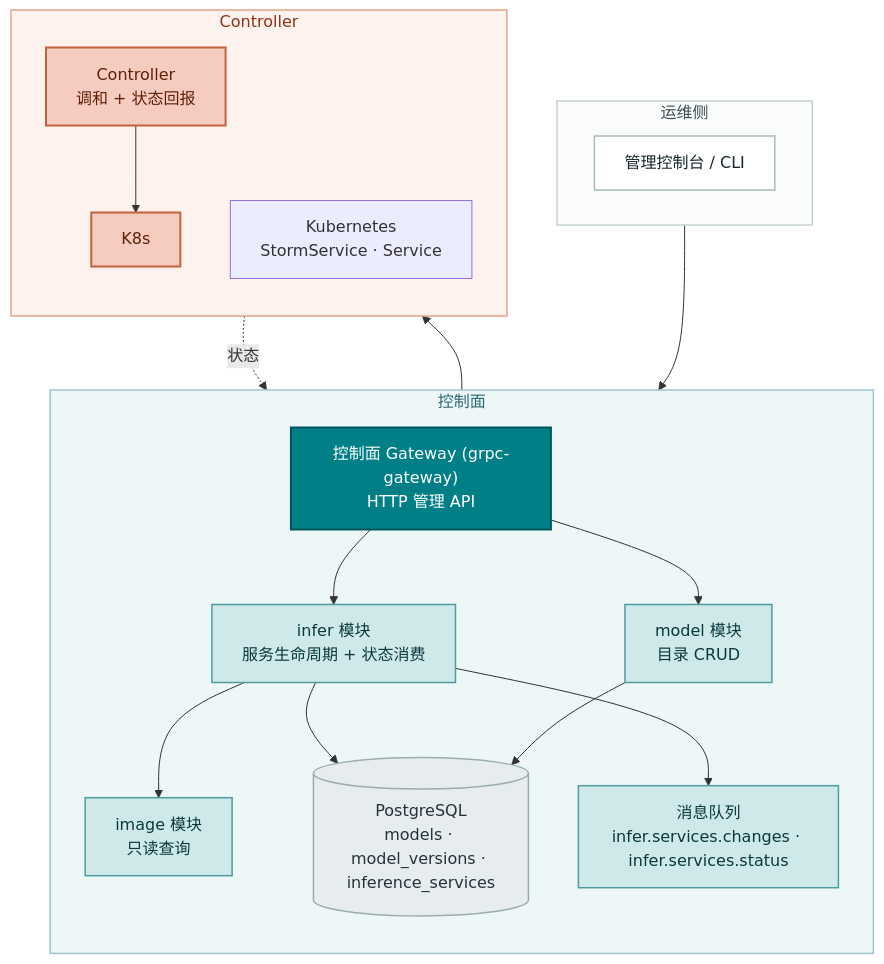
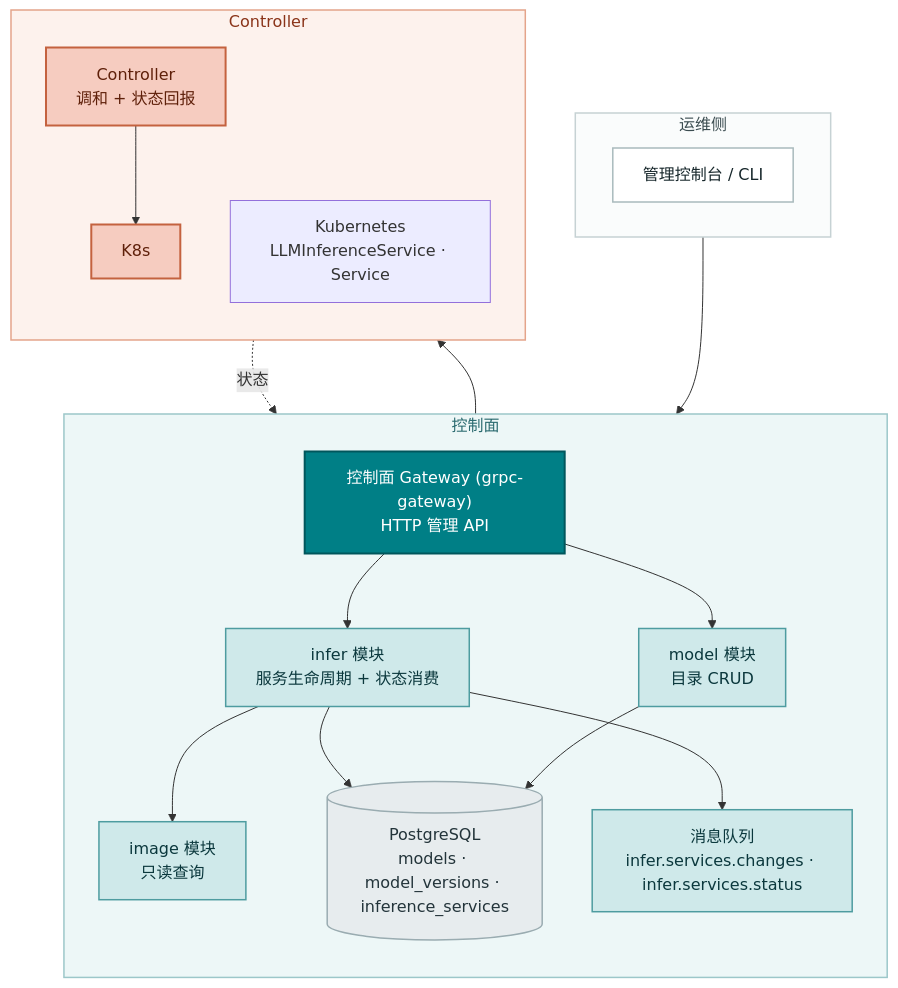
The first of 5 diagrams in site/docs/architecture/model-catalog-deployment.zh-cn.md (go-taas/go-taas), drawn with Mermaid before and after one commit. The commit also changed other lines of this file and 151 other files, not shown here.

````diff
--- a/site/docs/architecture/model-catalog-deployment.zh-cn.md
+++ b/site/docs/architecture/model-catalog-deployment.zh-cn.md
@@ -44,47 +44,47 @@
 ```mermaid
 flowchart TD
     subgraph operators["运维侧"]
         direction LR
         ADMIN["管理控制台 / CLI"]
     end
 
     subgraph cp["控制面"]
         direction TB
         CGW["控制面 Gateway (grpc-gateway)<br/>HTTP 管理 API"]
         MODEL["model 模块<br/>目录 CRUD"]
         INFER["infer 模块<br/>服务生命周期 + 状态消费"]
         IMG["image 模块<br/>只读查询"]
         PG[("PostgreSQL<br/>models · model_versions · inference_services")]
         MQ["消息队列<br/>infer.services.changes · infer.services.status"]
         CGW --> MODEL
         CGW --> INFER
         INFER --> IMG
         INFER --> PG
         MODEL --> PG
         INFER --> MQ
     end
 
     subgraph ctrl["Controller"]
         direction TB
         CTRL["Controller<br/>调和 + 状态回报"]
-        K8S["Kubernetes<br/>StormService · Service"]
+        K8S["Kubernetes<br/>LLMInferenceService · Service"]
         CTRL --> K8s
     end
 
     ADMIN --> CGW
     MQ --> CTRL
     CTRL -.->|状态| MQ
     classDef consumer fill:#FFFFFF,stroke:#A9BABD,stroke-width:1.5px,color:#17272B
     classDef edge fill:#007F86,stroke:#00565C,stroke-width:2px,color:#FFFFFF
     classDef svc fill:#CFE9EA,stroke:#4E9CA0,stroke-width:1.5px,color:#0B383D
     classDef store fill:#E7ECEE,stroke:#9AACB1,stroke-width:1.5px,color:#23343A
     classDef dpg fill:#F6CCC0,stroke:#C4623F,stroke-width:2px,color:#5F200A
     class ADMIN consumer
     class CGW edge
     class MODEL,INFER,IMG,MQ svc
     class PG store
     class CTRL,K8s dpg
     style operators fill:#FAFCFC,stroke:#C6D2D4,stroke-width:1.5px,color:#3B4C50
     style cp fill:#EDF7F7,stroke:#9CC7C9,stroke-width:1.5px,color:#2A6A6F
     style ctrl fill:#FDF2ED,stroke:#E4A48B,stroke-width:1.5px,color:#8A3419
 ```
````
